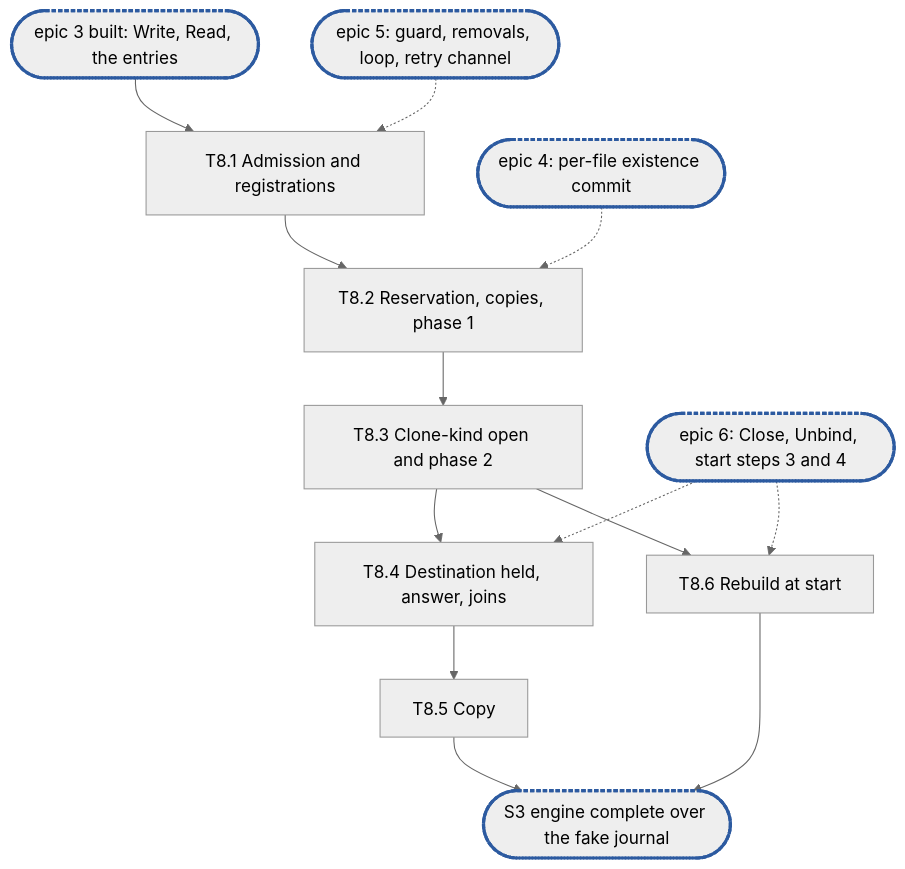
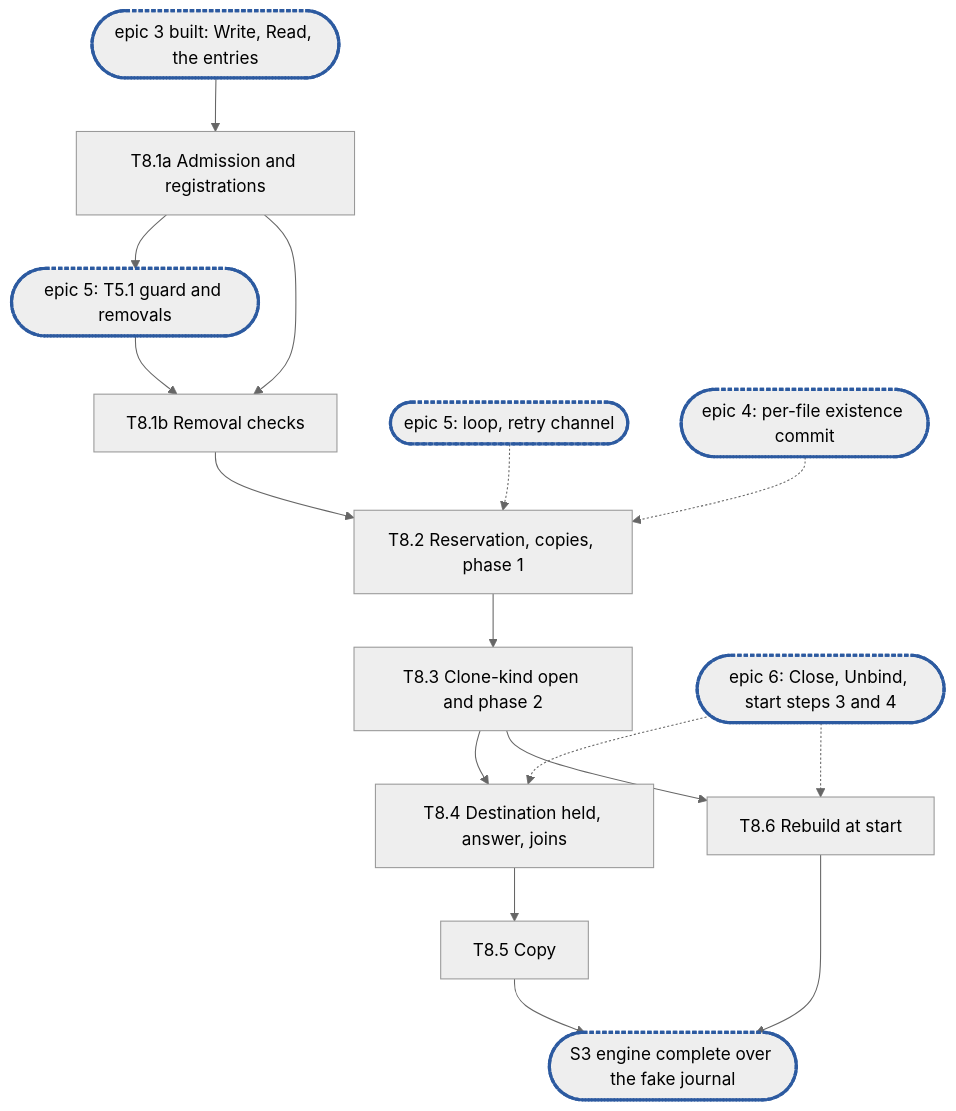
One commit to marmos91/dittofs changed the diagram in docs/internals/planning/rfc-8-engine-epic8.md. Above: the diagram before and after it, drawn with Mermaid (neutral theme). The commit also changed other lines of this file and 3 other files, not shown here.

````diff
--- a/docs/internals/planning/rfc-8-engine-epic8.md
+++ b/docs/internals/planning/rfc-8-engine-epic8.md
@@ -717,14 +730,17 @@
 ```mermaid
 flowchart TD
-  E3(["epic 3 built: Write, Read, the entries"]):::sync --> T8_1["T8.1 Admission and registrations"]
-  E5(["epic 5: guard, removals, loop, retry channel"]):::sync -.-> T8_1
-  T8_1 --> T8_2["T8.2 Reservation, copies, phase 1"]
+  E3(["epic 3 built: Write, Read, the entries"]):::sync --> T8_1a["T8.1a Admission and registrations"]
+  T8_1a --> T5_1(["epic 5: T5.1 guard and removals"]):::sync
+  T5_1 --> T8_1b["T8.1b Removal checks"]
+  T8_1a --> T8_1b
+  E5(["epic 5: loop, retry channel"]):::sync -.-> T8_2
+  T8_1b --> T8_2["T8.2 Reservation, copies, phase 1"]
   E4(["epic 4: per-file existence commit"]):::sync -.-> T8_2
   T8_2 --> T8_3["T8.3 Clone-kind open and phase 2"]
   T8_3 --> T8_4["T8.4 Destination held, answer, joins"]
   E6(["epic 6: Close, Unbind, start steps 3 and 4"]):::sync -.-> T8_4 & T8_6
   T8_4 --> T8_5["T8.5 Copy"]
   T8_3 --> T8_6["T8.6 Rebuild at start"]
   T8_5 & T8_6 --> S3(["S3 engine complete over the fake journal"]):::sync
   classDef sync stroke:#2c5aa0,stroke-width:3px,stroke-dasharray:4 2
 ```
````
